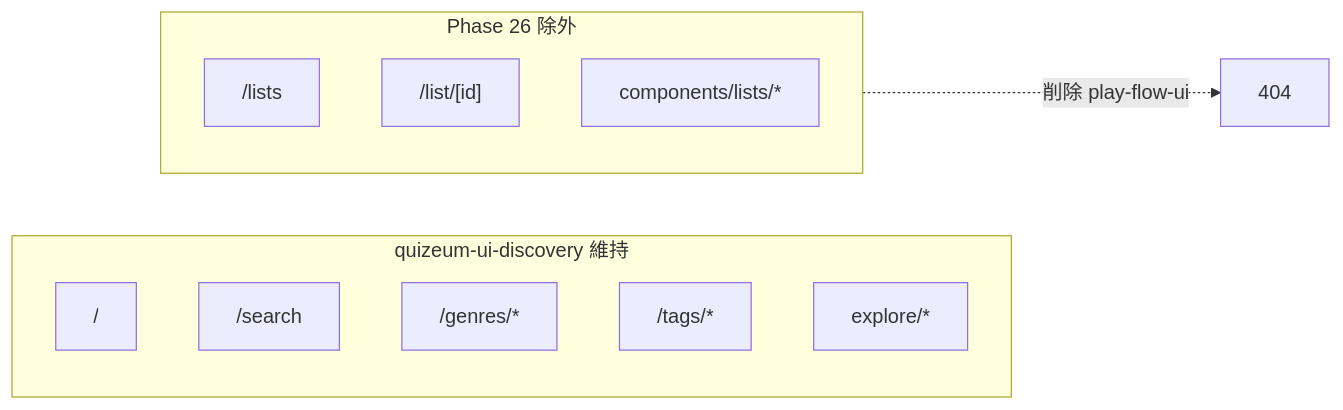
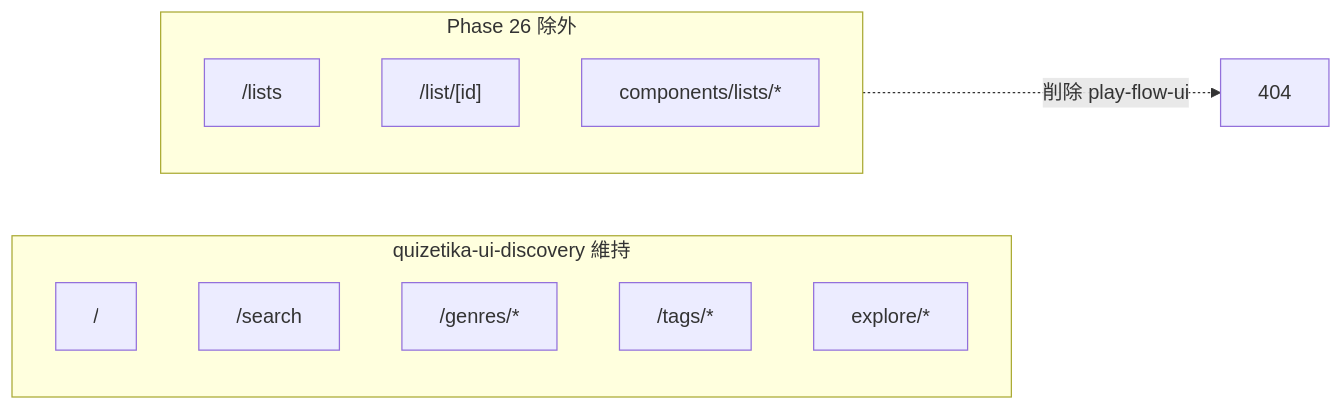
The fifth of 5 diagrams in .kiro/specs/quizeum-ui-discovery/design.md (npressoworks/quizetika), drawn with Mermaid before and after one commit. The commit also changed other lines of this file and 207 other files, not shown here.

````diff
--- a/.kiro/specs/quizeum-ui-discovery/design.md
+++ b/.kiro/specs/quizeum-ui-discovery/design.md
@@ -451,16 +451,16 @@
 ```mermaid
 flowchart LR
-  subgraph Keep["quizeum-ui-discovery 維持"]
+  subgraph Keep["quizetika-ui-discovery 維持"]
     Home["/"]
     Search["/search"]
     Genre["/genres/*"]
     Tag["/tags/*"]
     Explore["explore/*"]
   end
   subgraph Obsolete["Phase 26 除外"]
     Lists["/lists"]
     ListDetail["/list/[id]"]
     ListsComp["components/lists/*"]
   end
   Obsolete -.->|削除 play-flow-ui| X[404]
 ```
````
